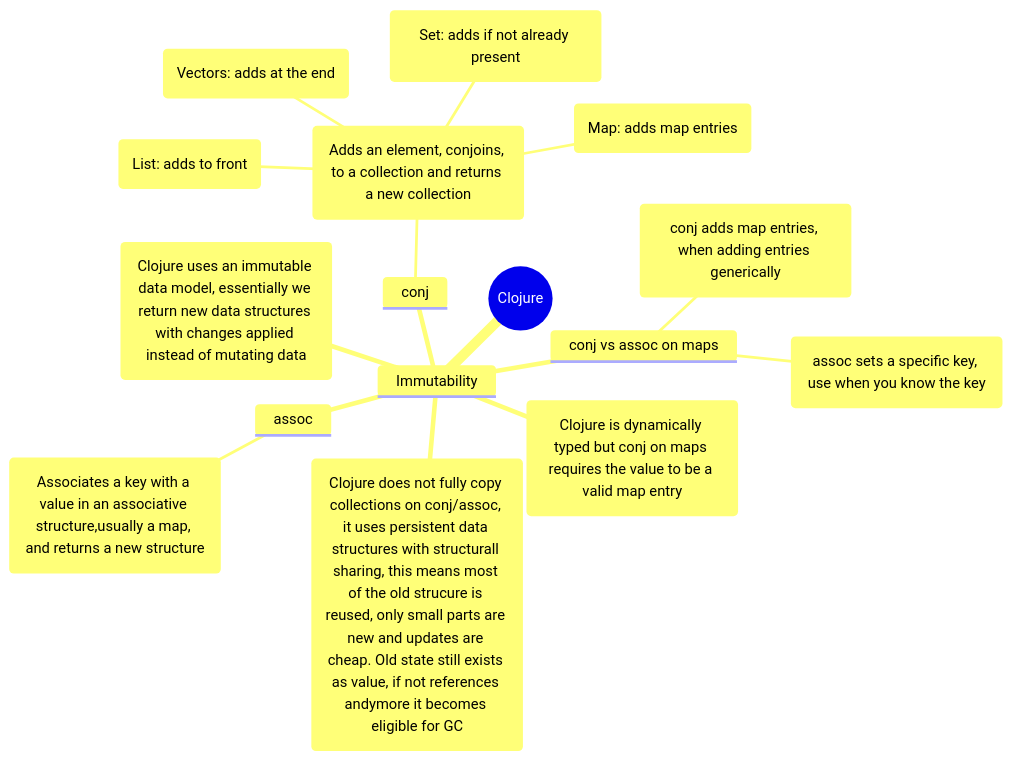
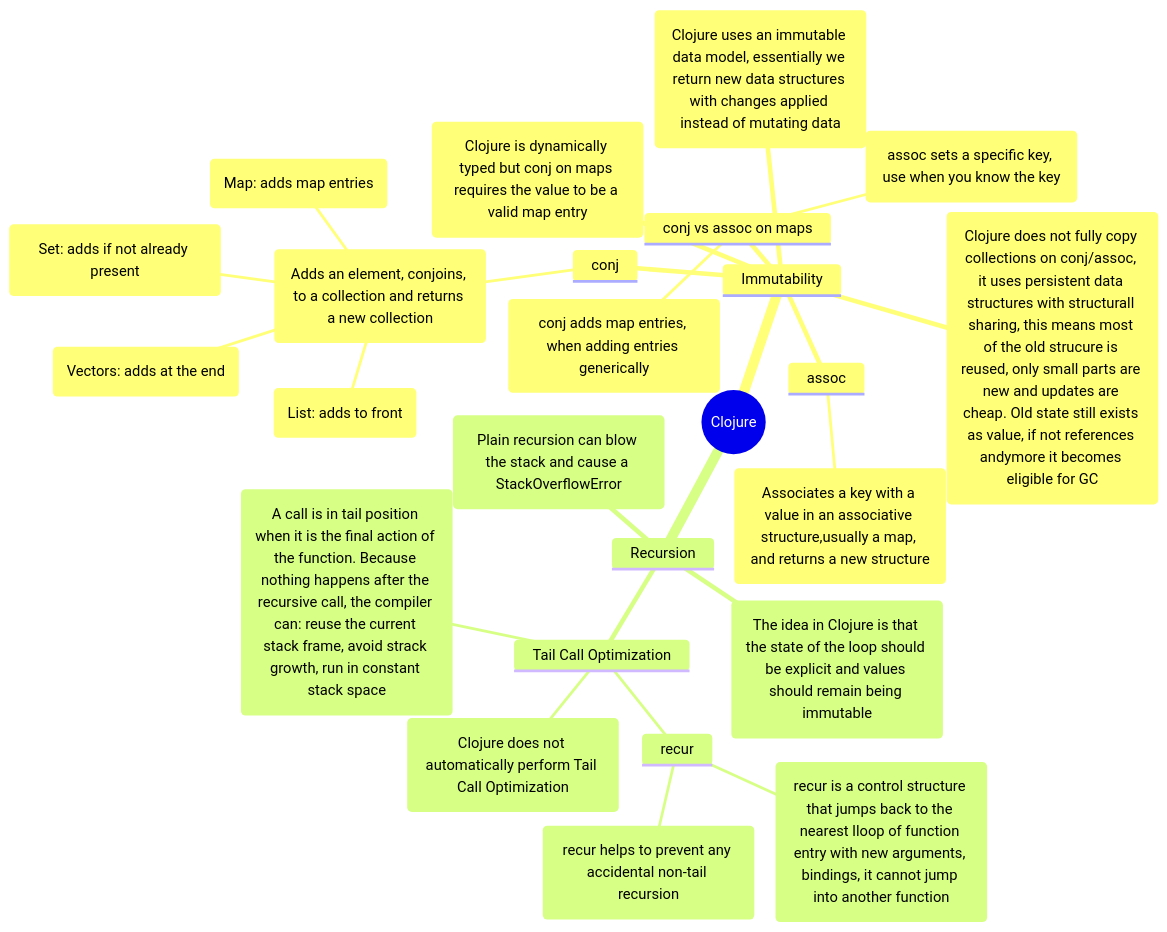
One commit to julian-schn/113478a-functional-programming changed the diagram in mindmap.md. Above: the diagram before and after it, drawn with Mermaid.

Commit message:
docs: Add notes on recursion, stack overflow, and `recur` for tail call optimization in Clojure.

````diff
--- a/mindmap.md
+++ b/mindmap.md
@@ -1,19 +1,28 @@
 ```mermaid
 mindmap
   root((Clojure))
     Immutability
         (Clojure uses an immutable data model, essentially we return new data structures with changes applied instead of mutating data)
         assoc
             (Associates a key with a value in an associative structure,usually a map, and returns a new structure)
         conj
             (Adds an element, conjoins, to a collection and returns a new collection)
                 (Vectors: adds at the end)
                 (List: adds to front)
                 (Set: adds if not already present)
                 (Map: adds map entries)
         conj vs assoc on maps
             (assoc sets a specific key, use when you know the key)
             (conj adds map entries, when adding entries generically)
         (Clojure is dynamically typed but conj on maps requires the value to be a valid map entry)
         (Clojure does not fully copy collections on conj/assoc, it uses persistent data structures with structurall sharing, this means most of the old strucure is reused, only small parts are new and updates are cheap. Old state still exists as value, if not references andymore it becomes eligible for GC)
+    Recursion
+        (The idea in Clojure is that the state of the loop should be explicit and values should remain being immutable)
+        (Plain recursion can blow the stack and cause a StackOverflowError)
+        Tail Call Optimization
+            recur
+                (recur is a control structure that jumps back to the nearest lloop of function entry with new arguments, bindings, it cannot jump into another function)
+                (recur helps to prevent any accidental non-tail recursion)
+            (Clojure does not automatically perform Tail Call Optimization)
+            (A call is in tail position when it is the final action of the function. Because nothing happens after the recursive call, the compiler can: reuse the current stack frame, avoid strack growth, run in constant stack space)
 ```
````
